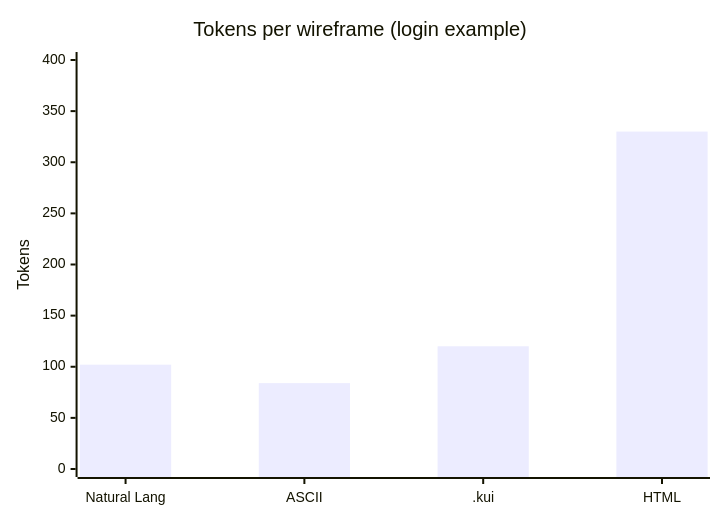
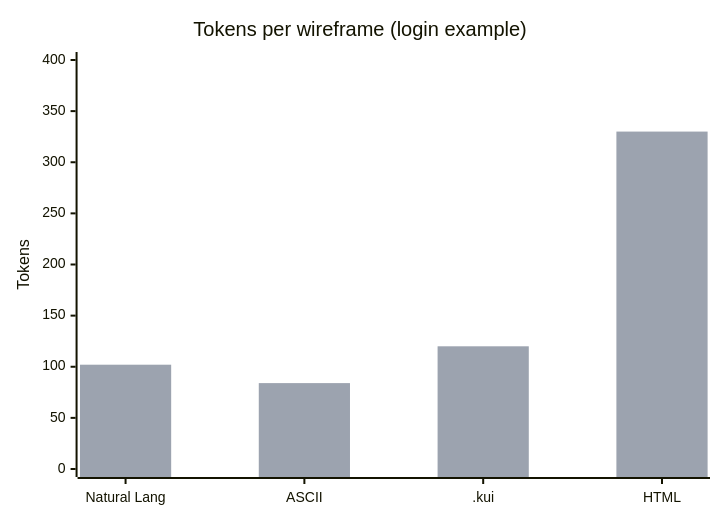
Before and after one commit to enlinks-llc/katsuragi: the diagram in README.md, drawn with Mermaid. The commit also changed 1 other file, not shown here.

Commit message:
docs(readme): add color palette to Mermaid chart for visibility
- Highlight .kui bar in blue (#3B82F6)
- Show HTML in red (#F87171) as the high-token baseline
- Gray out Natural Lang and ASCII as non-recommended options

````diff
--- a/README.md
+++ b/README.md
@@ -20,7 +20,13 @@
 ```mermaid
+---
+config:
+  themeVariables:
+    xyChart:
+      plotColorPalette: "#9CA3AF, #9CA3AF, #3B82F6, #F87171"
+---
 xychart-beta
     title "Tokens per wireframe (login example)"
     x-axis ["Natural Lang", "ASCII", ".kui", "HTML"]
     y-axis "Tokens" 0 --> 400
     bar [102, 84, 120, 330]
 ```
````
